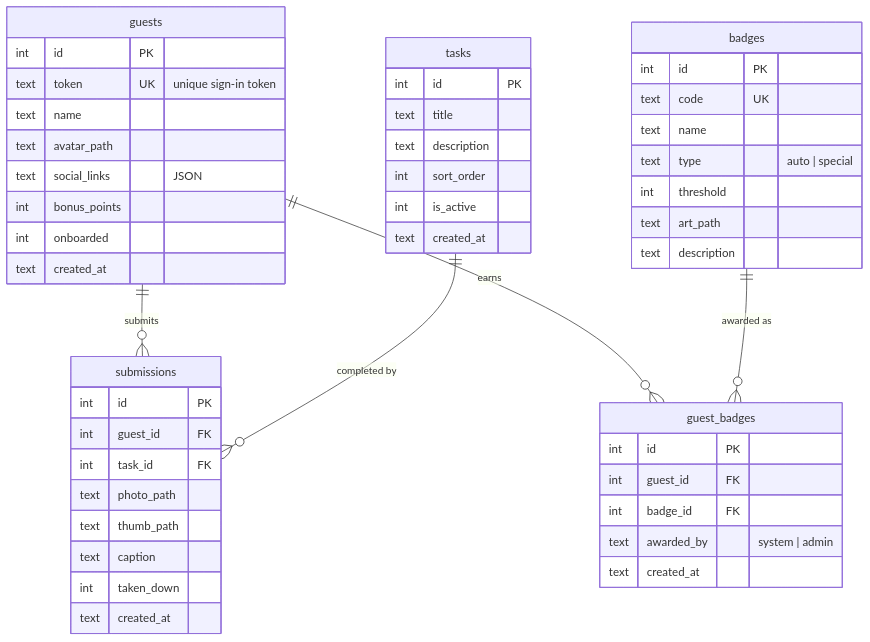
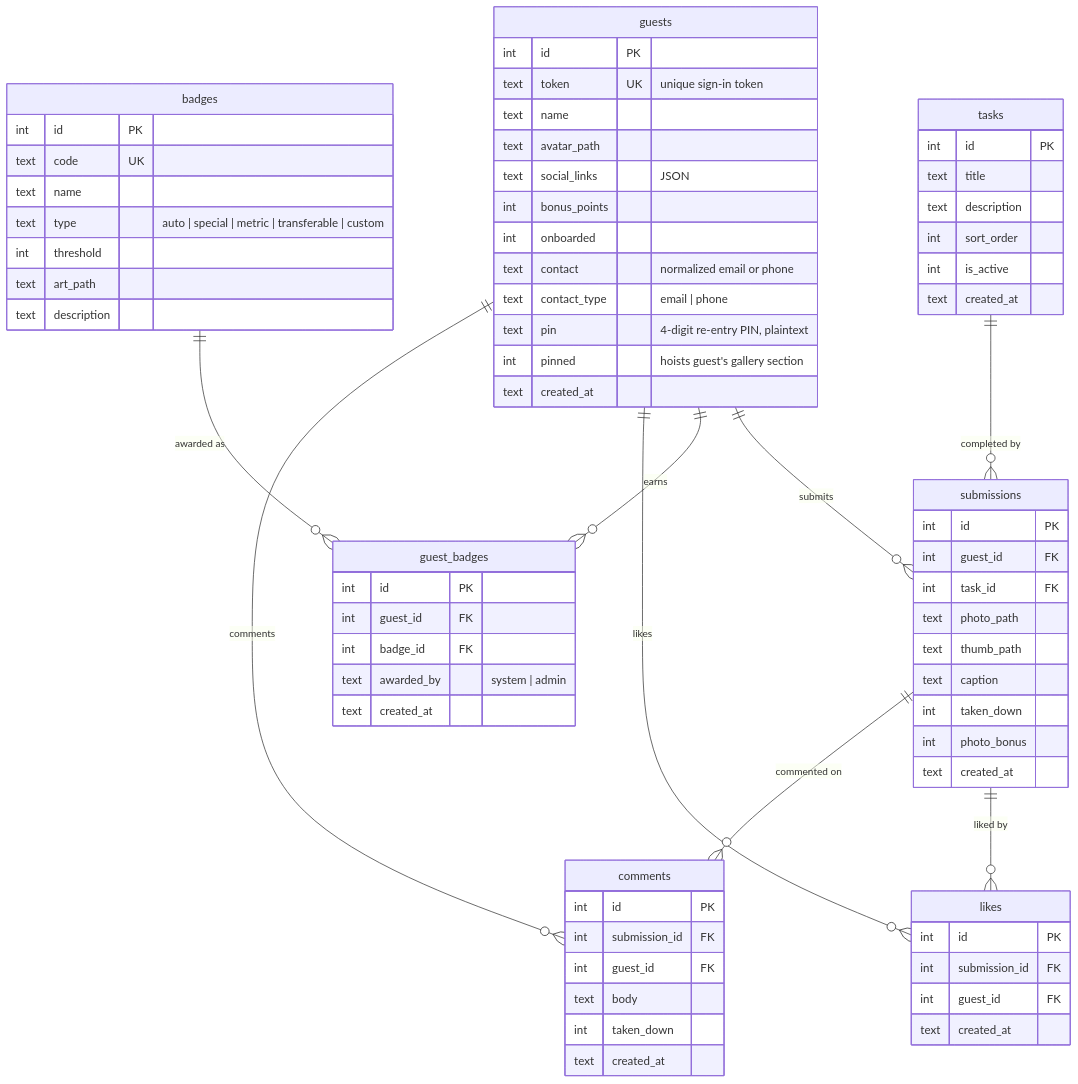
One commit to TrevorHumble/TaskMasterWedding changed the second of 2 diagrams in docs/architecture.md. Above: the diagram before and after it, drawn with Mermaid. The commit also changed other lines of this file and 2 other files, not shown here.

````diff
--- a/docs/architecture.md
+++ b/docs/architecture.md
@@ -49,52 +53,75 @@
 ```mermaid
 erDiagram
     guests ||--o{ submissions : "submits"
     tasks ||--o{ submissions : "completed by"
     guests ||--o{ guest_badges : "earns"
     badges ||--o{ guest_badges : "awarded as"
+    guests ||--o{ likes : "likes"
+    submissions ||--o{ likes : "liked by"
+    guests ||--o{ comments : "comments"
+    submissions ||--o{ comments : "commented on"
 
     guests {
         int id PK
         text token UK "unique sign-in token"
         text name
         text avatar_path
         text social_links "JSON"
         int bonus_points
         int onboarded
+        text contact "normalized email or phone"
+        text contact_type "email | phone"
+        text pin "4-digit re-entry PIN, plaintext"
+        int pinned "hoists guest's gallery section"
         text created_at
     }
     tasks {
         int id PK
         text title
         text description
         int sort_order
         int is_active
         text created_at
     }
     submissions {
         int id PK
         int guest_id FK
         int task_id FK
         text photo_path
         text thumb_path
         text caption
         int taken_down
+        int photo_bonus
         text created_at
     }
     badges {
         int id PK
         text code UK
         text name
-        text type "auto | special"
+        text type "auto | special | metric | transferable | custom"
         int threshold
         text art_path
         text description
     }
     guest_badges {
         int id PK
         int guest_id FK
         int badge_id FK
         text awarded_by "system | admin"
         text created_at
     }
+    likes {
+        int id PK
+        int submission_id FK
+        int guest_id FK
+        text created_at
+    }
+    comments {
+        int id PK
+        int submission_id FK
+        int guest_id FK
+        text body
+        int taken_down
+        text created_at
+    }
 ```
````
